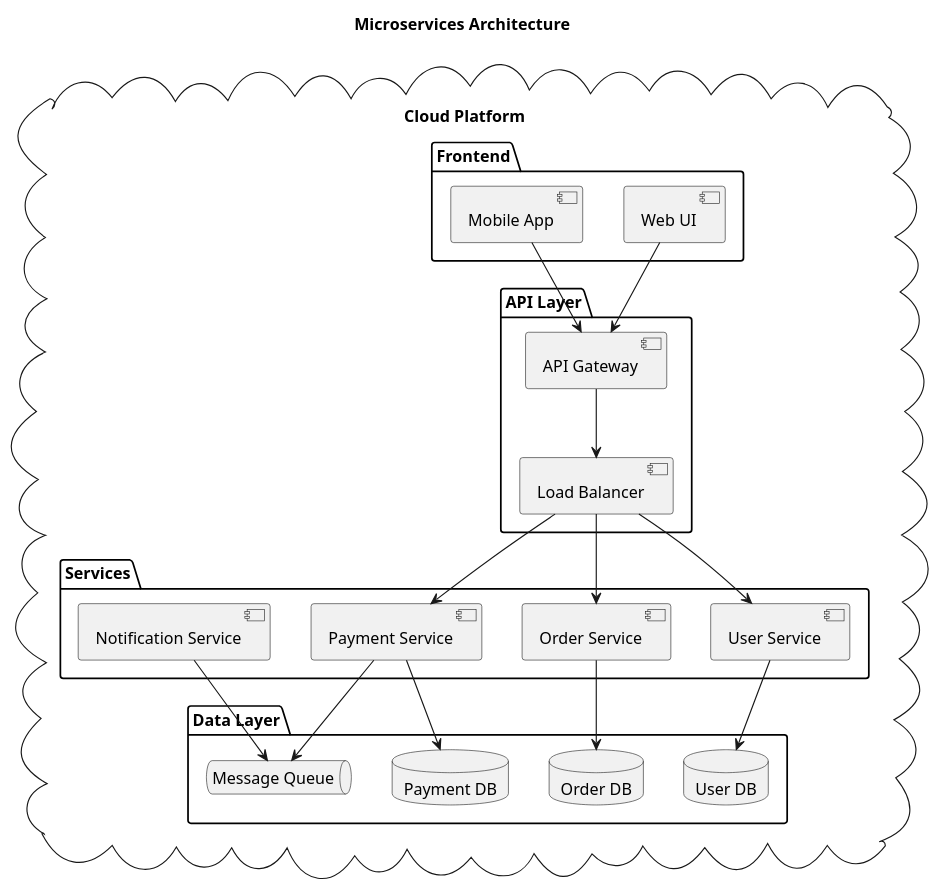
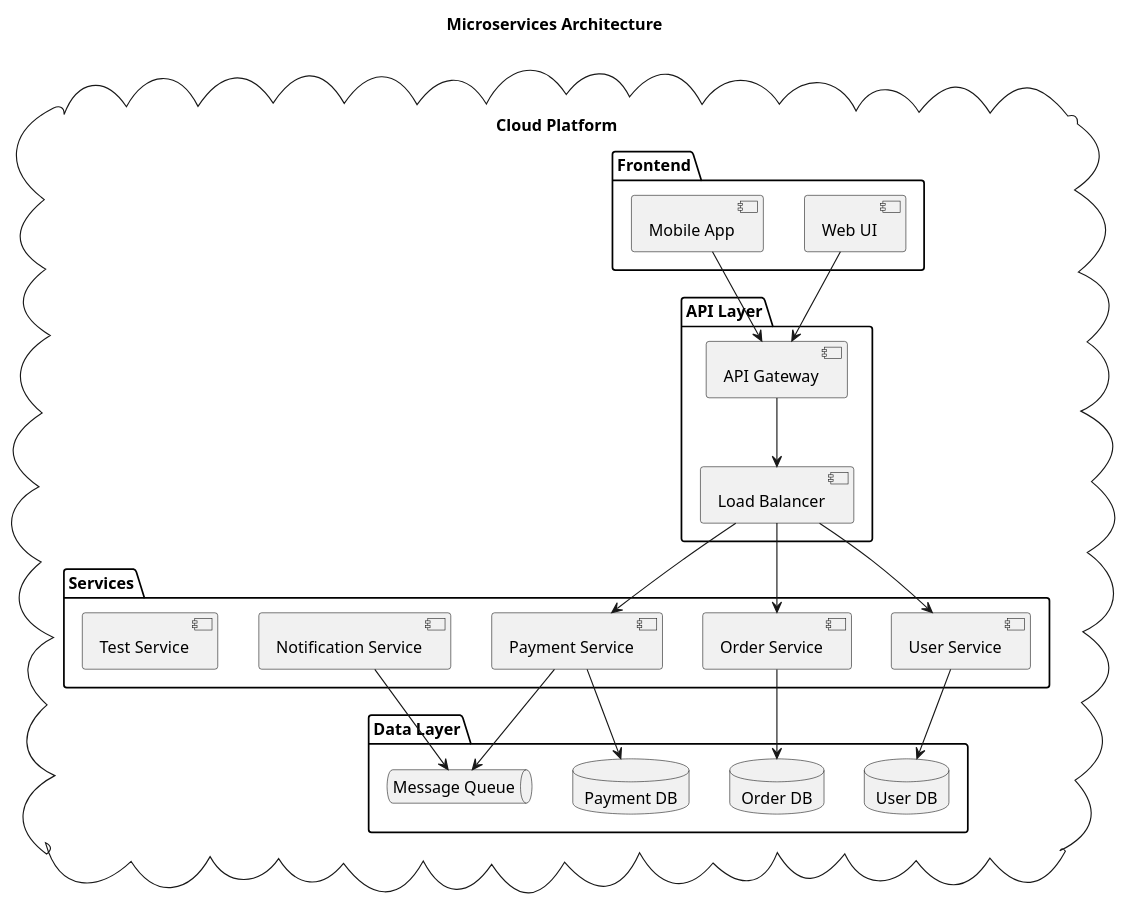
One commit to titarenko/plantuml-action changed the diagram in example-architecture.plantuml. Above: the diagram before and after it, drawn with PlantUML.

```diff
--- a/example-architecture.plantuml
+++ b/example-architecture.plantuml
@@ -1,43 +1,44 @@
 @startuml
 title Microservices Architecture
 
 cloud "Cloud Platform" {
   package "Frontend" {
     [Web UI] as web
     [Mobile App] as mobile
   }
   
   package "API Layer" {
     [API Gateway] as gateway
     [Load Balancer] as lb
   }
   
   package "Services" {
     [User Service] as user
     [Order Service] as order
     [Payment Service] as payment
     [Notification Service] as notify
+    [Test Service] as test
   }
   
   package "Data Layer" {
     database "User DB" as userdb
     database "Order DB" as orderdb
     database "Payment DB" as paydb
     queue "Message Queue" as mq
   }
 }
 
 web --> gateway
 mobile --> gateway
 gateway --> lb
 lb --> user
 lb --> order
 lb --> payment
 
 user --> userdb
 order --> orderdb
 payment --> paydb
 payment --> mq
 notify --> mq
 
 @enduml
```
